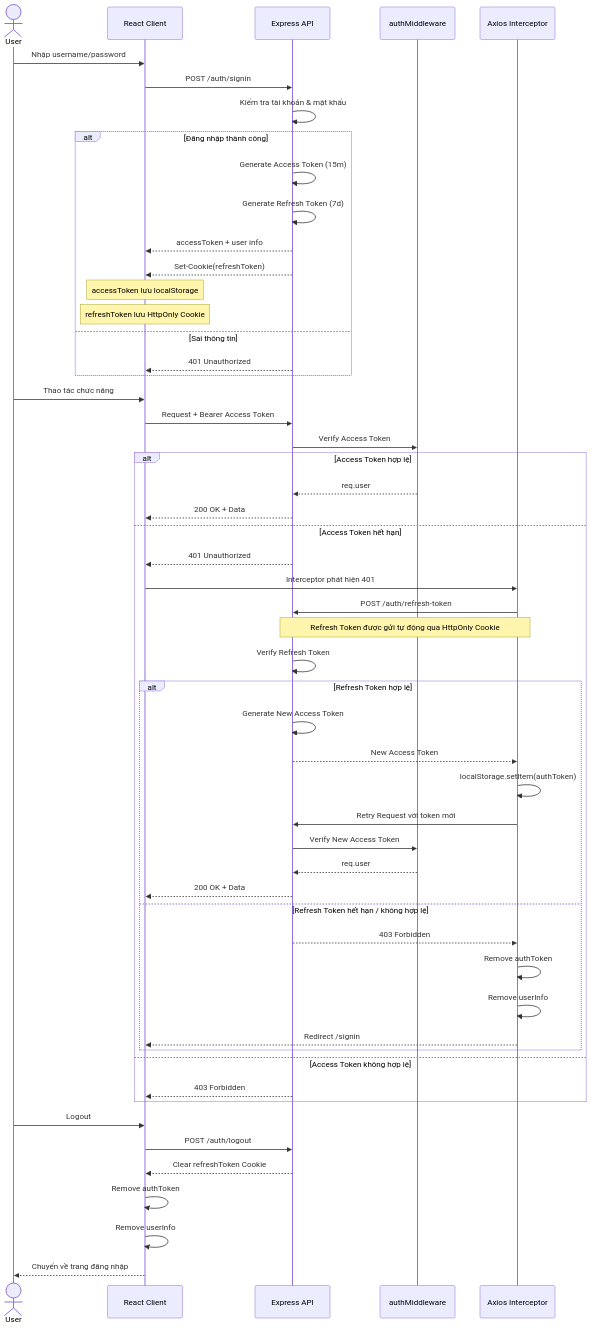
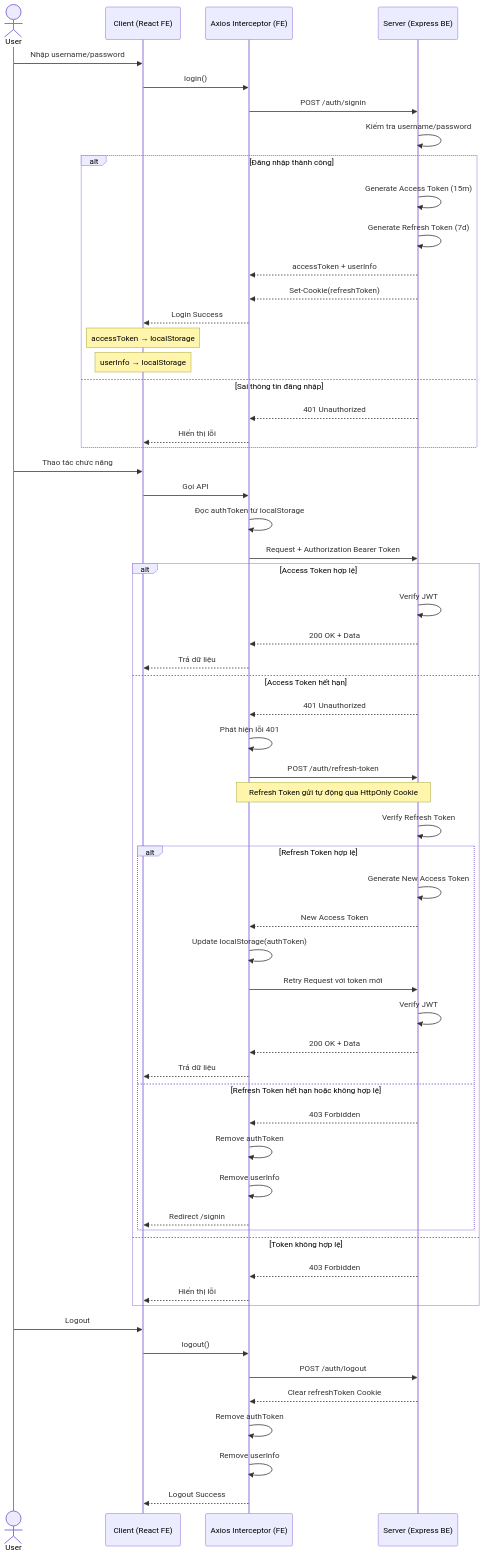
One commit to NDHari36/TechZone changed the first of 2 diagrams in README.md. Above: the diagram before and after it, drawn with Mermaid.

Commit message:
add RREADME

````diff
--- a/README.md
+++ b/README.md
@@ -125,70 +125,82 @@
 ```mermaid
 sequenceDiagram
     actor User
-    participant Client as React Client
-    participant API as Express API
-    participant Auth as authMiddleware
-    participant Axios as Axios Interceptor
+    participant Client as Client (React FE)
+    participant Axios as Axios Interceptor (FE)
+    participant Server as Server (Express BE)
 
     %% LOGIN
     User->>Client: Nhập username/password
-    Client->>API: POST /auth/signin
 
-    API->>API: Kiểm tra tài khoản & mật khẩu
+    Client->>Axios: login()
+    Axios->>Server: POST /auth/signin
+
+    Server->>Server: Kiểm tra username/password
 
     alt Đăng nhập thành công
-        API->>API: Generate Access Token (15m)
-        API->>API: Generate Refresh Token (7d)
 
-        API-->>Client: accessToken + user info
-        API-->>Client: Set-Cookie(refreshToken)
+        Server->>Server: Generate Access Token (15m)
+        Server->>Server: Generate Refresh Token (7d)
 
-        Note over Client: accessToken lưu localStorage
-        Note over Client: refreshToken lưu HttpOnly Cookie
-    else Sai thông tin
-        API-->>Client: 401 Unauthorized
+        Server-->>Axios: accessToken + userInfo
+        Server-->>Axios: Set-Cookie(refreshToken)
+
+        Axios-->>Client: Login Success
+
+        Note over Client: accessToken → localStorage
+        Note over Client: userInfo → localStorage
+
+    else Sai thông tin đăng nhập
+
+        Server-->>Axios: 401 Unauthorized
+        Axios-->>Client: Hiển thị lỗi
+
     end
 
     %% REQUEST API
     User->>Client: Thao tác chức năng
-    Client->>API: Request + Bearer Access Token
 
-    API->>Auth: Verify Access Token
+    Client->>Axios: Gọi API
+
+    Axios->>Axios: Đọc authToken từ localStorage
+    Axios->>Server: Request + Authorization Bearer Token
 
     alt Access Token hợp lệ
-        Auth-->>API: req.user
-        API-->>Client: 200 OK + Data
+
+        Server->>Server: Verify JWT
+
+        Server-->>Axios: 200 OK + Data
+        Axios-->>Client: Trả dữ liệu
 
     else Access Token hết hạn
 
-        API-->>Client: 401 Unauthorized
+        Server-->>Axios: 401 Unauthorized
 
-        Client->>Axios: Interceptor phát hiện 401
+        Axios->>Axios: Phát hiện lỗi 401
 
-        Axios->>API: POST /auth/refresh-token
-        Note over Axios,API: Refresh Token được gửi tự động qua HttpOnly Cookie
+        Axios->>Server: POST /auth/refresh-token
+        Note over Axios,Server: Refresh Token gửi tự động qua HttpOnly Cookie
 
-        API->>API: Verify Refresh Token
+        Server->>Server: Verify Refresh Token
 
         alt Refresh Token hợp lệ
 
-            API->>API: Generate New Access Token
+            Server->>Server: Generate New Access Token
 
-            API-->>Axios: New Access Token
+            Server-->>Axios: New Access Token
 
-            Axios->>Axios: localStorage.setItem(authToken)
+            Axios->>Axios: Update localStorage(authToken)
 
-            Axios->>API: Retry Request với token mới
+            Axios->>Server: Retry Request với token mới
 
-            API->>Auth: Verify New Access Token
+            Server->>Server: Verify JWT
 
-            Auth-->>API: req.user
+            Server-->>Axios: 200 OK + Data
+            Axios-->>Client: Trả dữ liệu
 
-            API-->>Client: 200 OK + Data
+        else Refresh Token hết hạn hoặc không hợp lệ
 
-        else Refresh Token hết hạn / không hợp lệ
-
-            API-->>Axios: 403 Forbidden
+            Server-->>Axios: 403 Forbidden
 
             Axios->>Axios: Remove authToken
             Axios->>Axios: Remove userInfo
@@ -197,19 +209,24 @@
 
         end
 
-    else Access Token không hợp lệ
+    else Token không hợp lệ
 
-        API-->>Client: 403 Forbidden
+        Server-->>Axios: 403 Forbidden
+        Axios-->>Client: Hiển thị lỗi
 
     end
 
     %% LOGOUT
     User->>Client: Logout
-    Client->>API: POST /auth/logout
 
-    API-->>Client: Clear refreshToken Cookie
-    Client->>Client: Remove authToken
-    Client->>Client: Remove userInfo
+    Client->>Axios: logout()
 
-    Client-->>User: Chuyển về trang đăng nhập
+    Axios->>Server: POST /auth/logout
+
+    Server-->>Axios: Clear refreshToken Cookie
+
+    Axios->>Axios: Remove authToken
+    Axios->>Axios: Remove userInfo
+
+    Axios-->>Client: Logout Success
 ```
````
